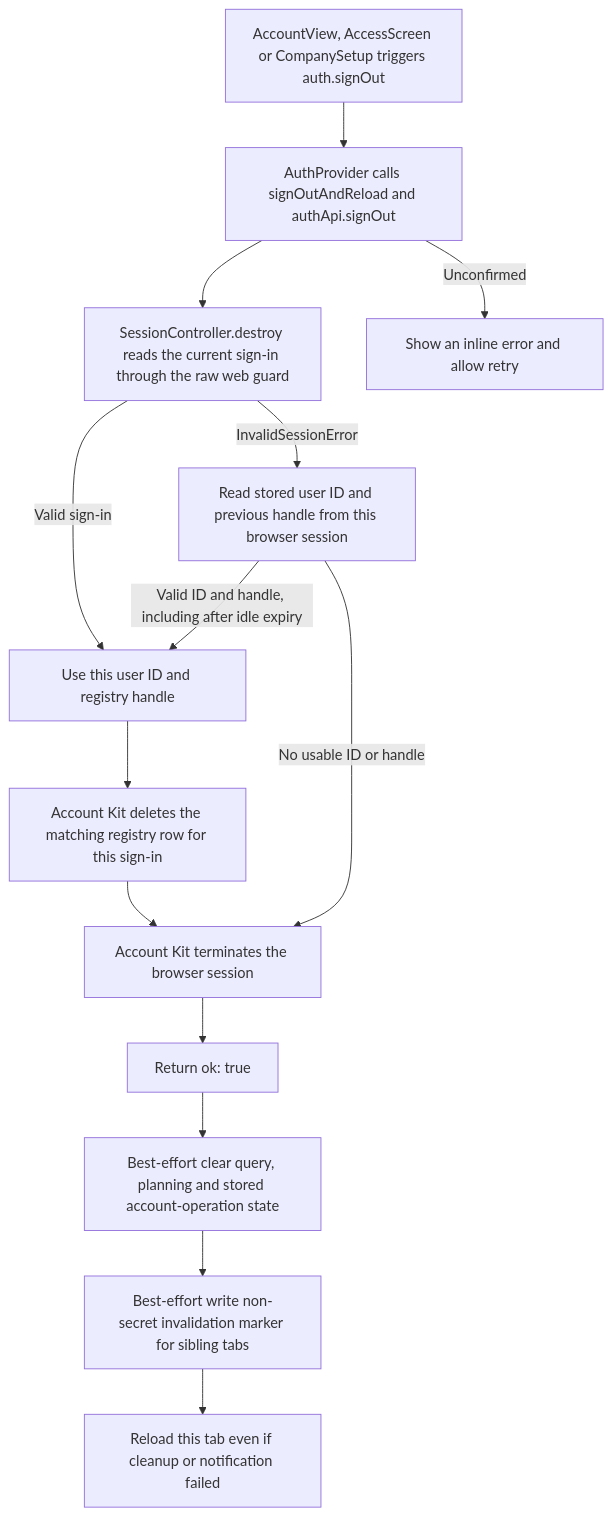
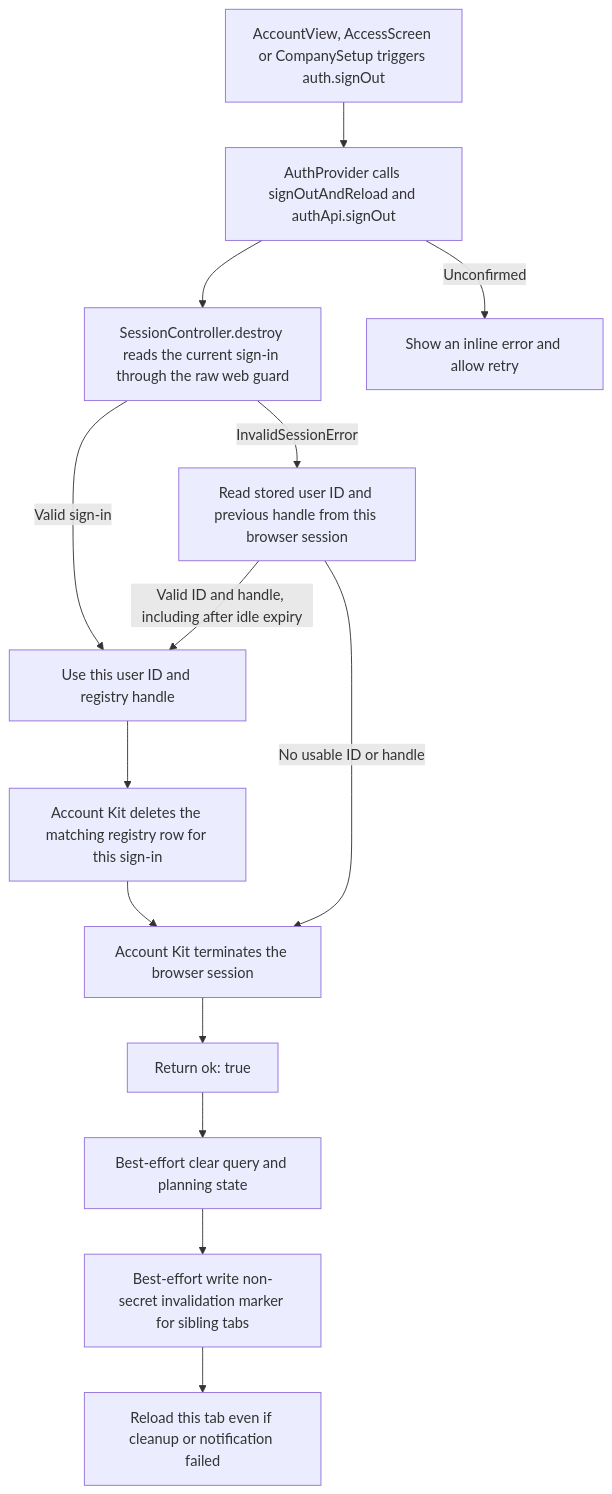
One commit to Kevinjohn/capacitylens changed the second of 2 diagrams in user-stories/account/US-ACCOUNT-04-sign-out.md. Above: the diagram before and after it, drawn with Mermaid. The commit also changed 20 other files, not shown here.

First line of the commit message:
Stop keeping account-operation keys in the browser

````diff
--- a/user-stories/account/US-ACCOUNT-04-sign-out.md
+++ b/user-stories/account/US-ACCOUNT-04-sign-out.md
@@ -27,16 +27,16 @@
 ```mermaid
 flowchart TD
   entry["AccountView, AccessScreen or CompanySetup triggers auth.signOut"] --> request["AuthProvider calls signOutAndReload and authApi.signOut"]
   request --> current["SessionController.destroy reads the current sign-in through the raw web guard"]
   current -->|Valid sign-in| identified["Use this user ID and registry handle"]
   current -->|InvalidSessionError| previous["Read stored user ID and previous handle from this browser session"]
   previous -->|Valid ID and handle, including after idle expiry| identified
   previous -->|No usable ID or handle| terminate["Account Kit terminates the browser session"]
   identified --> remove["Account Kit deletes the matching registry row for this sign-in"]
   remove --> terminate
   terminate --> ok["Return ok: true"]
   request -->|Unconfirmed| error["Show an inline error and allow retry"]
-  ok --> cleanup["Best-effort clear query, planning and stored account-operation state"]
+  ok --> cleanup["Best-effort clear query and planning state"]
   cleanup --> signal["Best-effort write non-secret invalidation marker for sibling tabs"]
   signal --> reload["Reload this tab even if cleanup or notification failed"]
 ```
````
